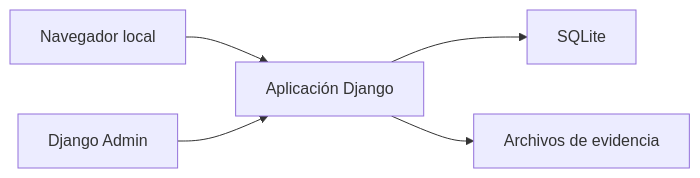
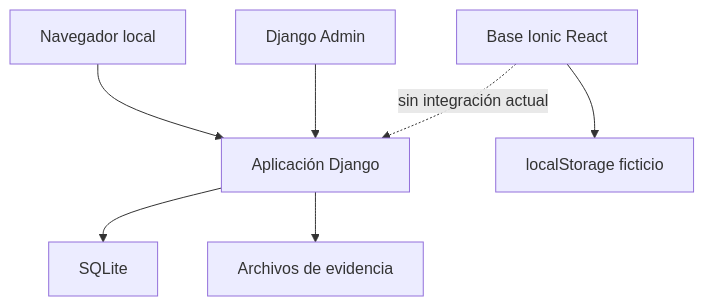
The first of 2 diagrams in documentation/arquitectura-propuesta.md (juanitox64/bitaturno-app), drawn with Mermaid before and after one commit. The commit also changed other lines of this file and 15 other files, not shown here.

````diff
--- a/documentation/arquitectura-propuesta.md
+++ b/documentation/arquitectura-propuesta.md
@@ -5,7 +5,9 @@
 ```mermaid
-flowchart LR
+flowchart TD
     U["Navegador local"] --> D["Aplicación Django"]
     D --> S["SQLite"]
     D --> F["Archivos de evidencia"]
     A["Django Admin"] --> D
+    M["Base Ionic React"] --> L["localStorage ficticio"]
+    M -. "sin integración actual" .-> D
 ```
````
